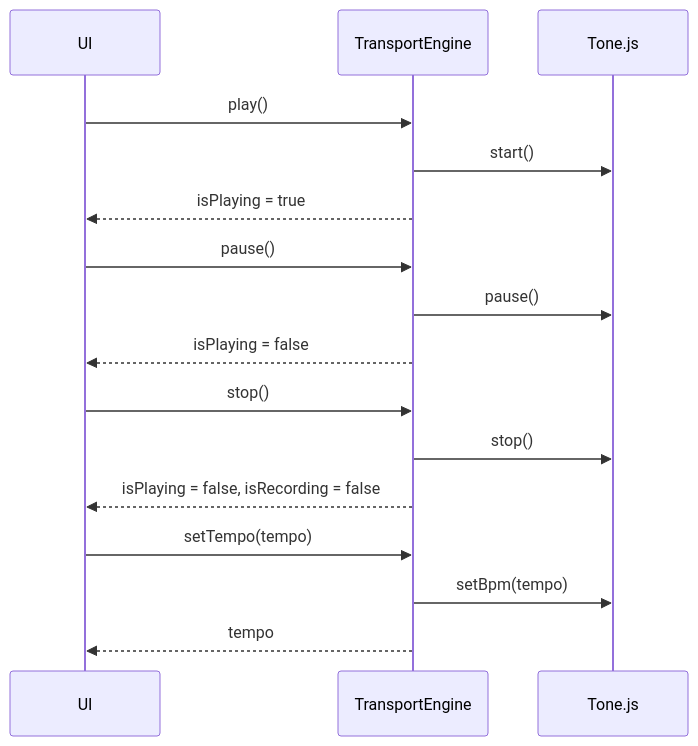
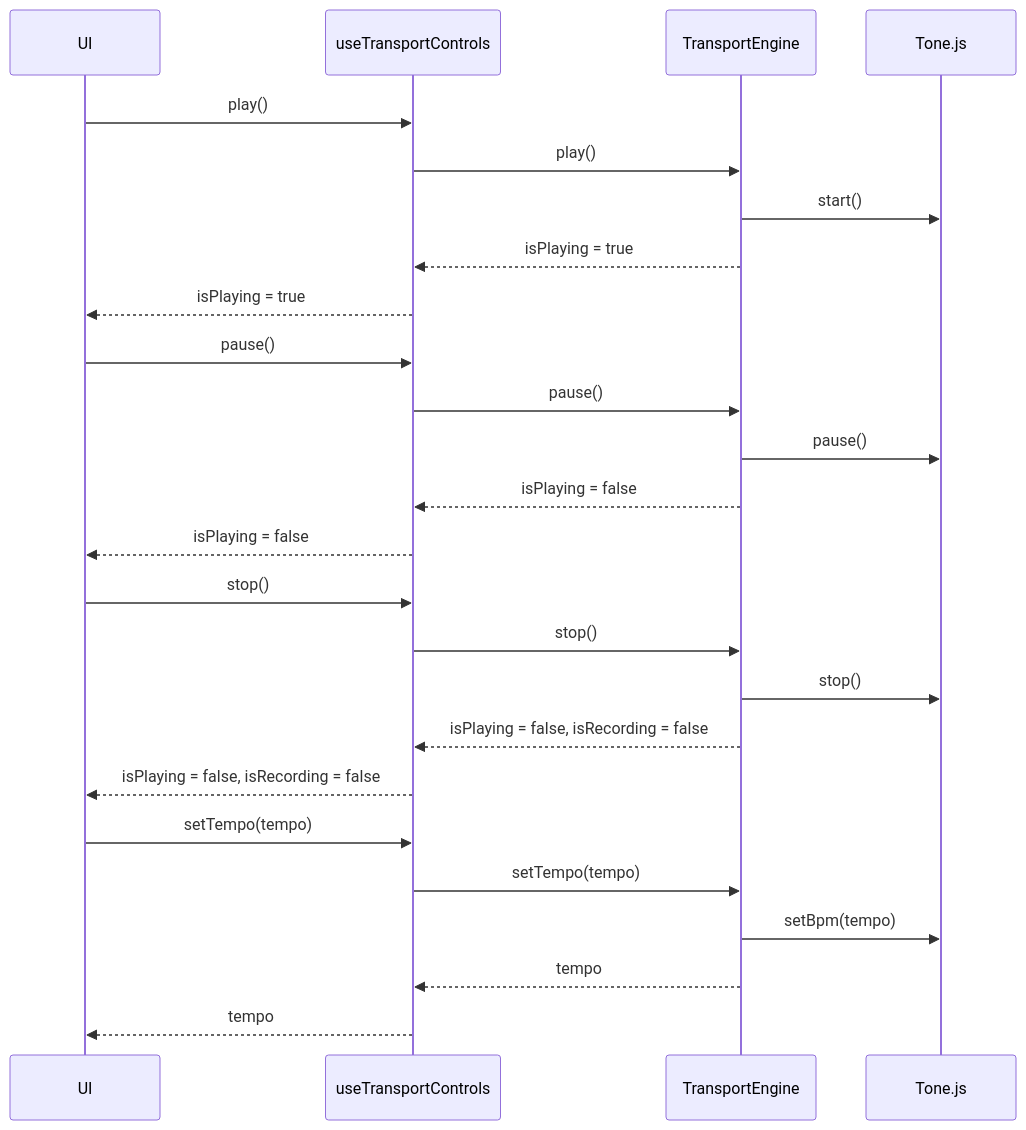
Before and after one commit to yannmazita/daw.ts: the first of 9 diagrams in README.md, drawn with Mermaid. The commit also changed other lines of this file, not shown here.

````diff
--- a/README.md
+++ b/README.md
@@ -70,21 +169,30 @@
 ```mermaid
 sequenceDiagram
     participant UI
+    participant useTransportControls
     participant TransportEngine
 
-    UI->>TransportEngine: play()
+    UI->>useTransportControls: play()
+    useTransportControls->>TransportEngine: play()
     TransportEngine->>Tone.js: start()
-    TransportEngine-->>UI: isPlaying = true
+    TransportEngine-->>useTransportControls: isPlaying = true
+    useTransportControls-->>UI: isPlaying = true
 
-    UI->>TransportEngine: pause()
+    UI->>useTransportControls: pause()
+    useTransportControls->>TransportEngine: pause()
     TransportEngine->>Tone.js: pause()
-    TransportEngine-->>UI: isPlaying = false
+     TransportEngine-->>useTransportControls: isPlaying = false
+    useTransportControls-->>UI: isPlaying = false
 
-    UI->>TransportEngine: stop()
+    UI->>useTransportControls: stop()
+    useTransportControls->>TransportEngine: stop()
     TransportEngine->>Tone.js: stop()
-    TransportEngine-->>UI: isPlaying = false, isRecording = false
+    TransportEngine-->>useTransportControls: isPlaying = false, isRecording = false
+    useTransportControls-->>UI: isPlaying = false, isRecording = false
 
-    UI->>TransportEngine: setTempo(tempo)
+    UI->>useTransportControls: setTempo(tempo)
+    useTransportControls->>TransportEngine: setTempo(tempo)
     TransportEngine->>Tone.js: setBpm(tempo)
-    TransportEngine-->>UI: tempo
+    TransportEngine-->>useTransportControls: tempo
+    useTransportControls-->>UI: tempo
 ```
````
